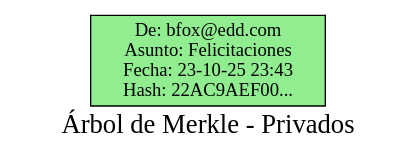
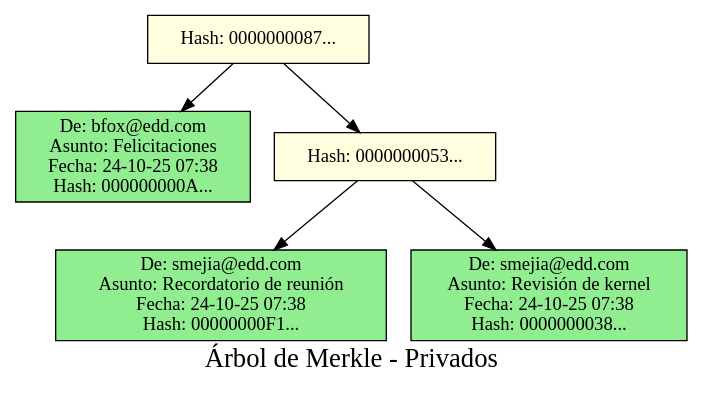
Before and after one commit to JoseArt777/-EDD-1S2025_202100305: the diagram in Fase1/src/lgarcia-Reportes/merkle_tree.dot, drawn with Graphviz. The commit also changed 11 other files, not shown here.

```diff
--- a/Fase1/src/lgarcia-Reportes/merkle_tree.dot
+++ b/Fase1/src/lgarcia-Reportes/merkle_tree.dot
@@ -1,8 +1,16 @@
 digraph MerkleTree {
     label="Árbol de Merkle - Privados";
     fontsize=20;
     node [shape=box, style=filled];
     rankdir=TB;
 
-    node0 [label="De: bfox@edd.com\nAsunto: Felicitaciones\nFecha: 23-10-25 23:43\nHash: 22AC9AEF00...", fillcolor=lightgreen];
+    node0 [label="Hash: 0000000087...", fillcolor=lightyellow];
+    node1 [label="De: bfox@edd.com\nAsunto: Felicitaciones\nFecha: 24-10-25 07:38\nHash: 000000000A...", fillcolor=lightgreen];
+    node0 -> node1;
+    node2 [label="Hash: 0000000053...", fillcolor=lightyellow];
+    node3 [label="De: smejia@edd.com\nAsunto: Recordatorio de reunión\nFecha: 24-10-25 07:38\nHash: 00000000F1...", fillcolor=lightgreen];
+    node2 -> node3;
+    node4 [label="De: smejia@edd.com\nAsunto: Revisión de kernel\nFecha: 24-10-25 07:38\nHash: 0000000038...", fillcolor=lightgreen];
+    node2 -> node4;
+    node0 -> node2;
 }
```
